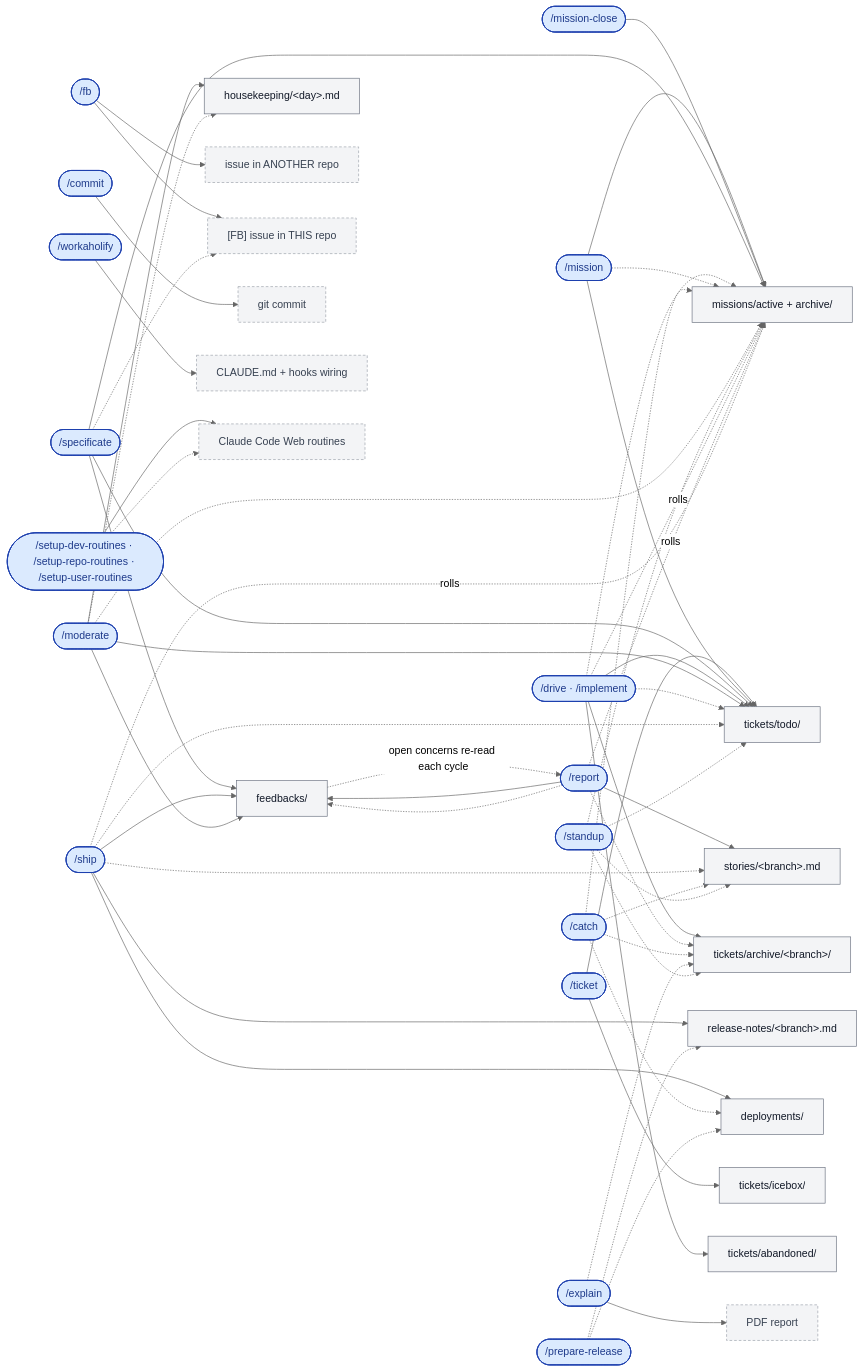
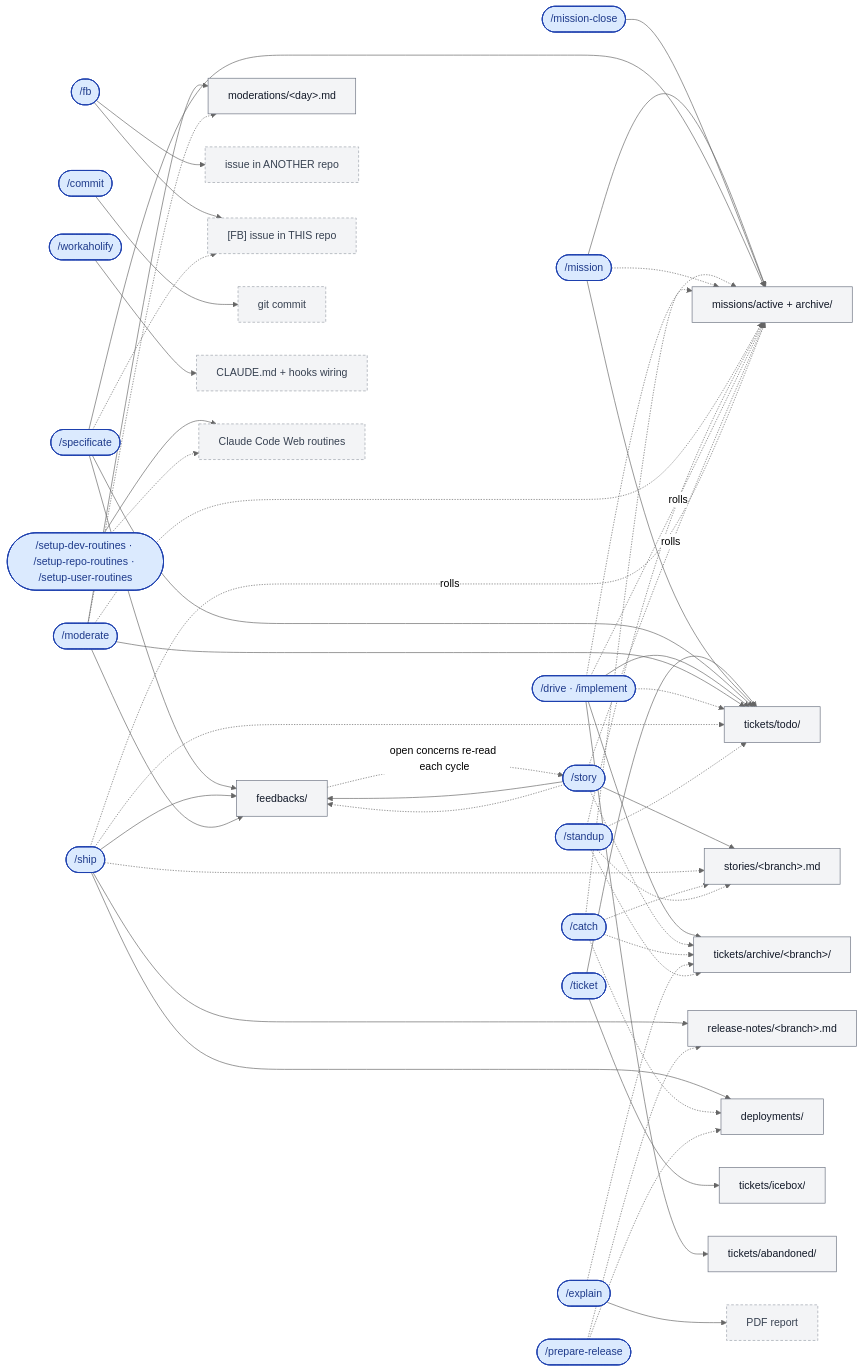
One commit to qmu/workaholic changed the fourth of 5 diagrams in README.md. Above: the diagram before and after it, drawn with Mermaid (neutral theme). The commit also changed other lines of this file and 343 other files, not shown here.

```diff
--- a/README.md
+++ b/README.md
@@ -312,7 +312,7 @@
   specificate(["/specificate"])
   feedback(["/fb"])
   drive(["/drive · /implement"])
-  report(["/report"])
+  report(["/story"])
   ship(["/ship"])
   catch(["/catch"])
   commit(["/commit"])
@@ -333,7 +333,7 @@
   FBK["feedbacks/"]
   REL["release-notes/&lt;branch&gt;.md"]
   DEP["deployments/"]
-  HK["housekeeping/&lt;day&gt;.md"]
+  HK["moderations/&lt;day&gt;.md"]
 
   %% ---------- artifacts that land outside .workaholic/ (grey, dashed border) ----------
   EXT["issue in ANOTHER repo"]
```
